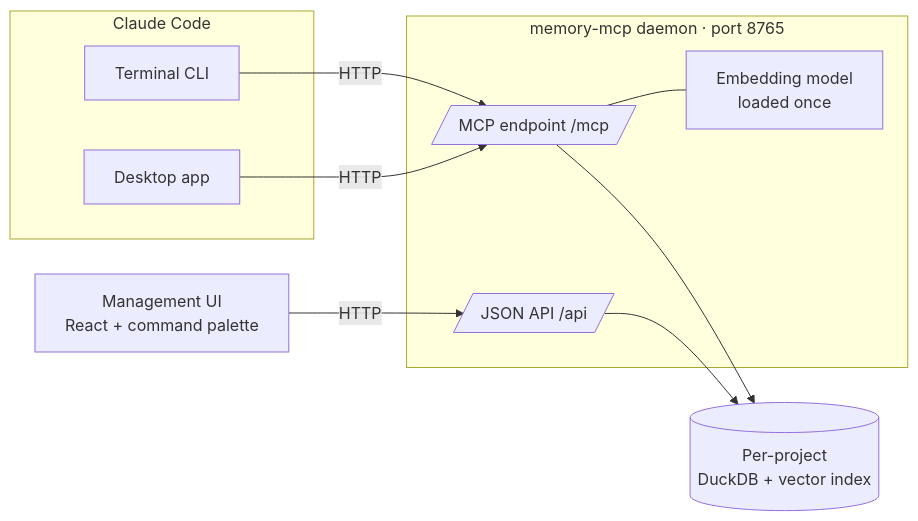
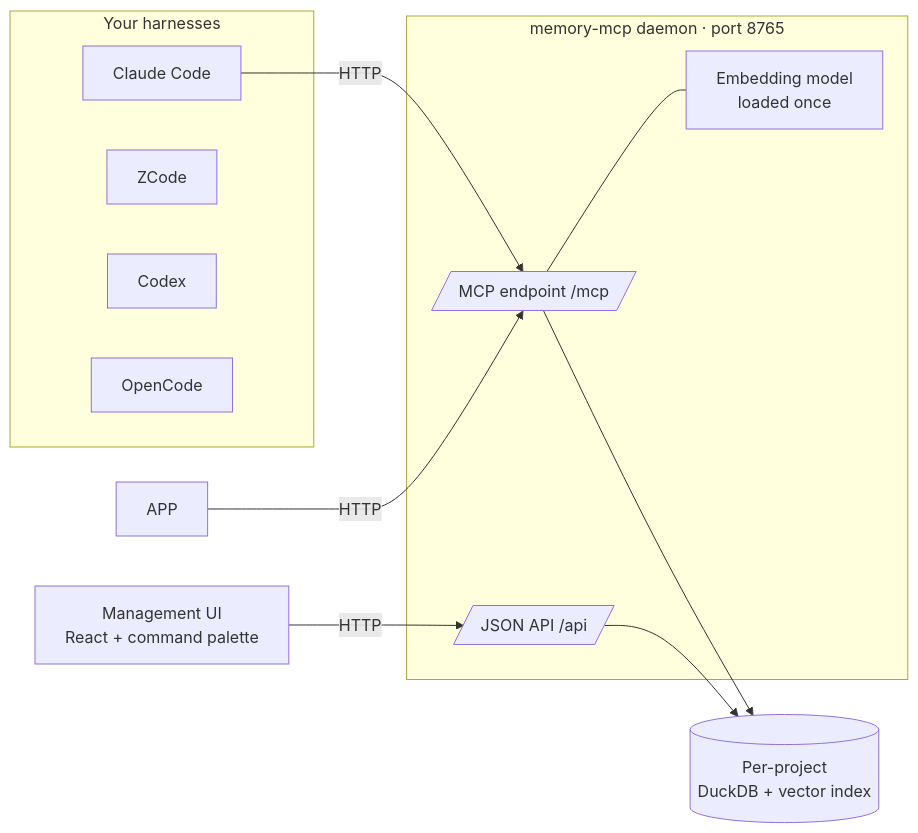
Before and after one commit to navid-kianfar/claude-memory-mcp: the diagram in README.md, drawn with Mermaid. The commit also changed other lines of this file, not shown here.

First line of the commit message:
README: multi-harness support (ZCode, Codex, OpenCode)

````diff
--- a/README.md
+++ b/README.md
@@ -101,21 +129,23 @@
 ```mermaid
 flowchart LR
-  subgraph clients[Claude Code]
-    CLI[Terminal CLI]
-    APP[Desktop app]
+  subgraph clients[Your harnesses]
+    CLI[Claude Code]
+    ZC[ZCode]
+    CX[Codex]
+    OC[OpenCode]
   end
   UI[Management UI<br/>React + command palette]
   subgraph daemon[memory-mcp daemon · port 8765]
     MCP[/MCP endpoint  /mcp/]
     API[/JSON API  /api/]
     EMB[Embedding model<br/>loaded once]
   end
   DB[(Per-project<br/>DuckDB + vector index)]
 
   CLI -->|HTTP| MCP
   APP -->|HTTP| MCP
   UI -->|HTTP| API
   MCP --> DB
   API --> DB
   MCP --- EMB
 ```
````
